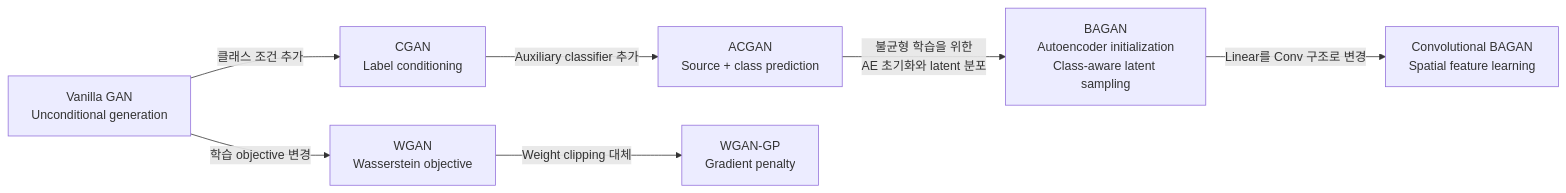
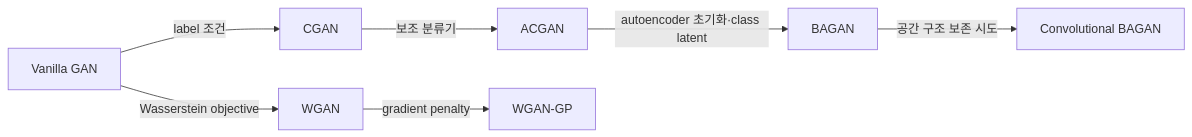
One commit to DDohyeon2941/gan-for-imbalanced-image-data changed the second of 5 diagrams in README.md. Above: the diagram before and after it, drawn with Mermaid. The commit also changed other lines of this file and 7 other files, not shown here.

````diff
--- a/README.md
+++ b/README.md
@@ -100,17 +43,9 @@
 ```mermaid
 flowchart LR
-    V[Vanilla GAN<br/>Unconditional generation]
-    C[CGAN<br/>Label conditioning]
-    A[ACGAN<br/>Source + class prediction]
-    W[WGAN<br/>Wasserstein objective]
-    WG[WGAN-GP<br/>Gradient penalty]
-    B[BAGAN<br/>Autoencoder initialization<br/>Class-aware latent sampling]
-    BC[Convolutional BAGAN<br/>Spatial feature learning]
-
-    V -->|클래스 조건 추가| C
-    C -->|Auxiliary classifier 추가| A
-    V -->|학습 objective 변경| W
-    W -->|Weight clipping 대체| WG
-    A -->|불균형 학습을 위한<br/>AE 초기화와 latent 분포| B
-    B -->|Linear를 Conv 구조로 변경| BC
+    V[Vanilla GAN] -->|label 조건| C[CGAN]
+    C -->|보조 분류기| A[ACGAN]
+    V -->|Wasserstein objective| W[WGAN]
+    W -->|gradient penalty| WG[WGAN-GP]
+    A -->|autoencoder 초기화·class latent| B[BAGAN]
+    B -->|공간 구조 보존 시도| BC[Convolutional BAGAN]
 ```
````
